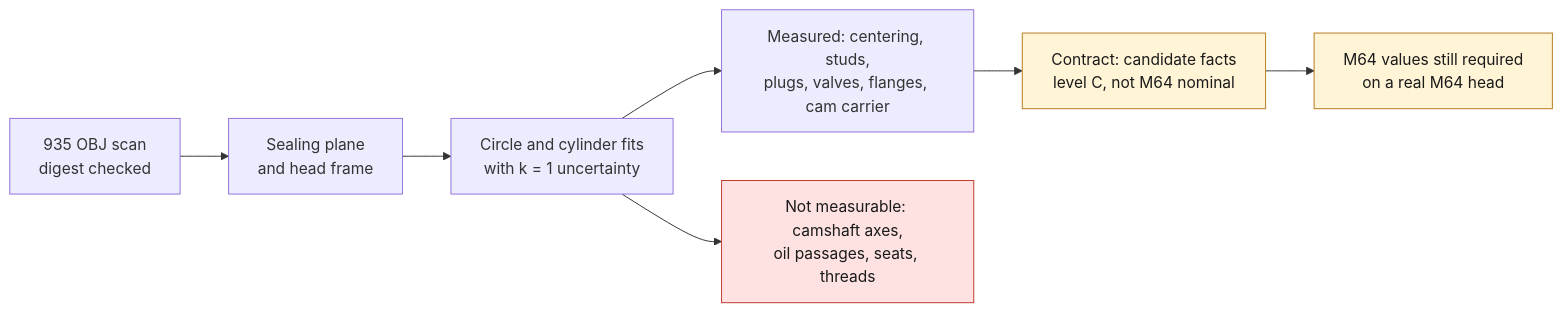
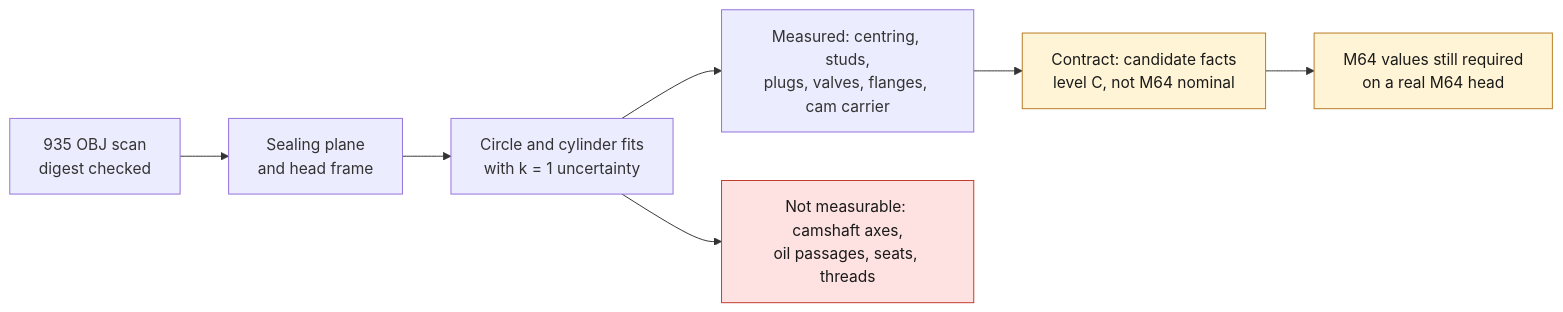
The diagram in docs/reports/M64_SCAN935_INTERFACES_20260914.md (cluster2600/porscheparts), drawn with Mermaid before and after one commit. The commit also changed other lines of this file and 480 other files, not shown here.

````diff
--- a/docs/reports/M64_SCAN935_INTERFACES_20260914.md
+++ b/docs/reports/M64_SCAN935_INTERFACES_20260914.md
@@ -11,13 +11,13 @@
 ```mermaid
 flowchart LR
     A["935 OBJ scan<br/>digest checked"] --> B["Sealing plane<br/>and head frame"]
     B --> C["Circle and cylinder fits<br/>with k = 1 uncertainty"]
-    C --> D["Measured: centering, studs,<br/>plugs, valves, flanges, cam carrier"]
+    C --> D["Measured: centring, studs,<br/>plugs, valves, flanges, cam carrier"]
     C --> E["Not measurable: camshaft axes,<br/>oil passages, seats, threads"]
     D --> F["Contract: candidate facts<br/>level C, not M64 nominal"]
     F --> G["M64 values still required<br/>on a real M64 head"]
     classDef stop fill:#fde2e1,stroke:#c0392b,color:#1a1a1a;
     classDef open fill:#fff4d6,stroke:#b7791f,color:#1a1a1a;
     class E stop
     class F,G open
 ```
````
